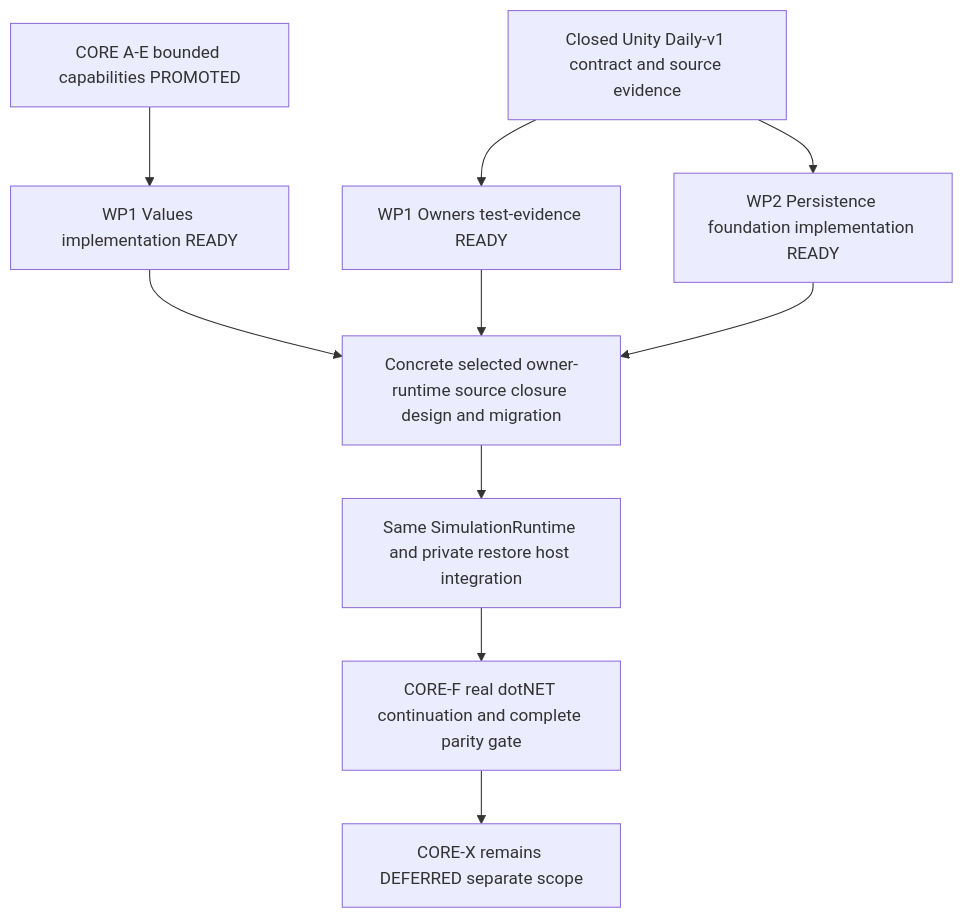
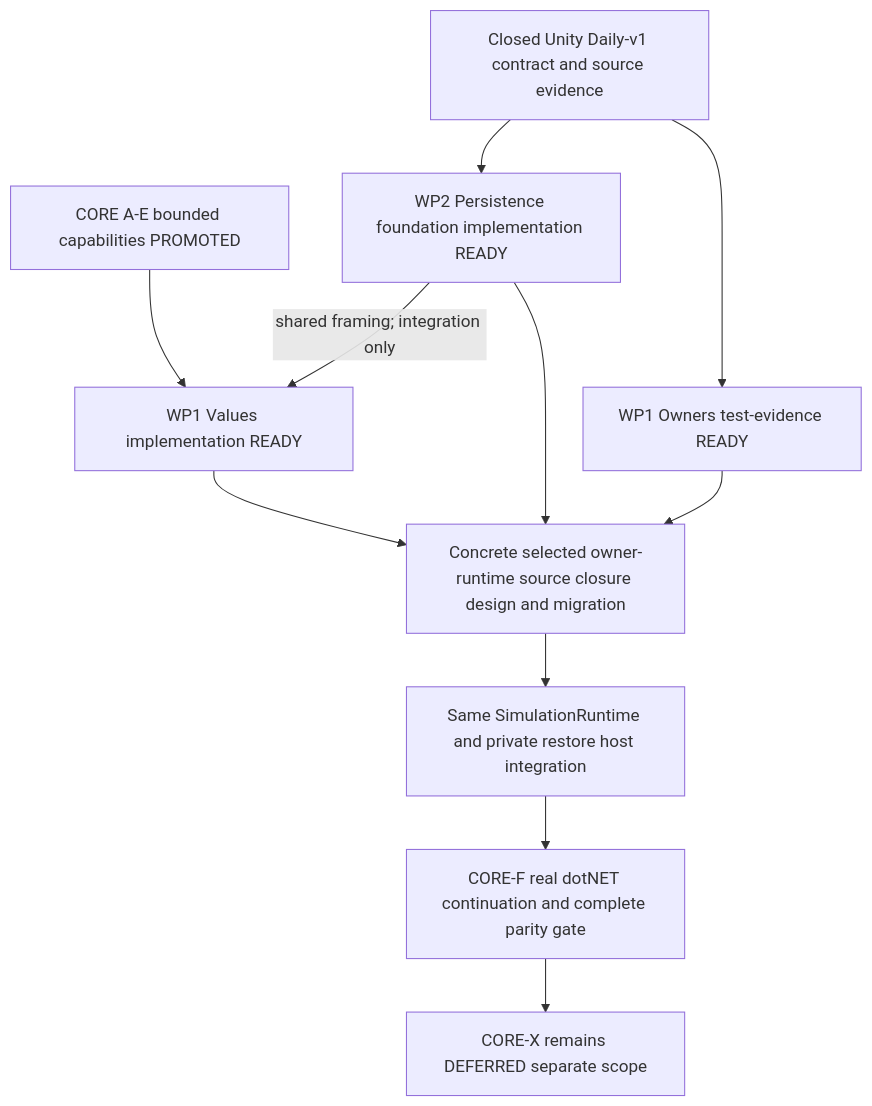
The diagram in docs/architecture/CORE_F_PREREQUISITE_MASTER_HANDOFF.md (TorroisBr/Simulation), drawn with Mermaid before and after one commit. The commit also changed other lines of this file and 1 other file, not shown here.

Commit message:
Make Core F shared framing integration dependency explicit

````diff
--- a/docs/architecture/CORE_F_PREREQUISITE_MASTER_HANDOFF.md
+++ b/docs/architecture/CORE_F_PREREQUISITE_MASTER_HANDOFF.md
@@ -594,12 +597,13 @@
 ```mermaid
 flowchart TD
   AE[CORE A-E bounded capabilities PROMOTED] --> V[WP1 Values implementation READY]
   P12[Closed Unity Daily-v1 contract and source evidence] --> O[WP1 Owners test-evidence READY]
   P12 --> P[WP2 Persistence foundation implementation READY]
   V --> C[Concrete selected owner-runtime source closure design and migration]
   O --> C
   P --> C
+  P -->|shared framing; integration only| V
   C --> H[Same SimulationRuntime and private restore host integration]
   H --> F[CORE-F real dotNET continuation and complete parity gate]
   F --> X[CORE-X remains DEFERRED separate scope]
 ```
````
